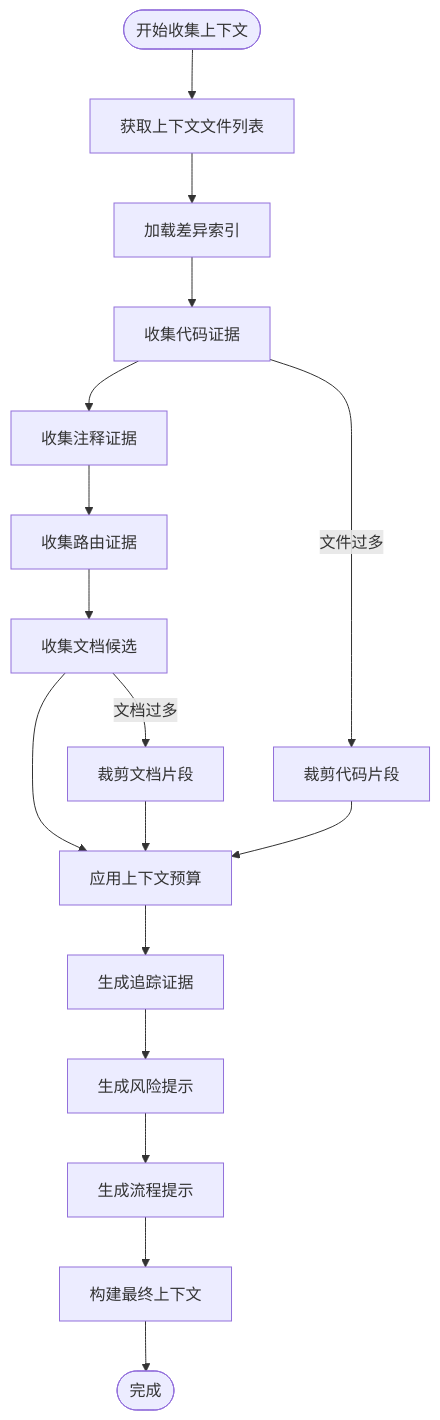
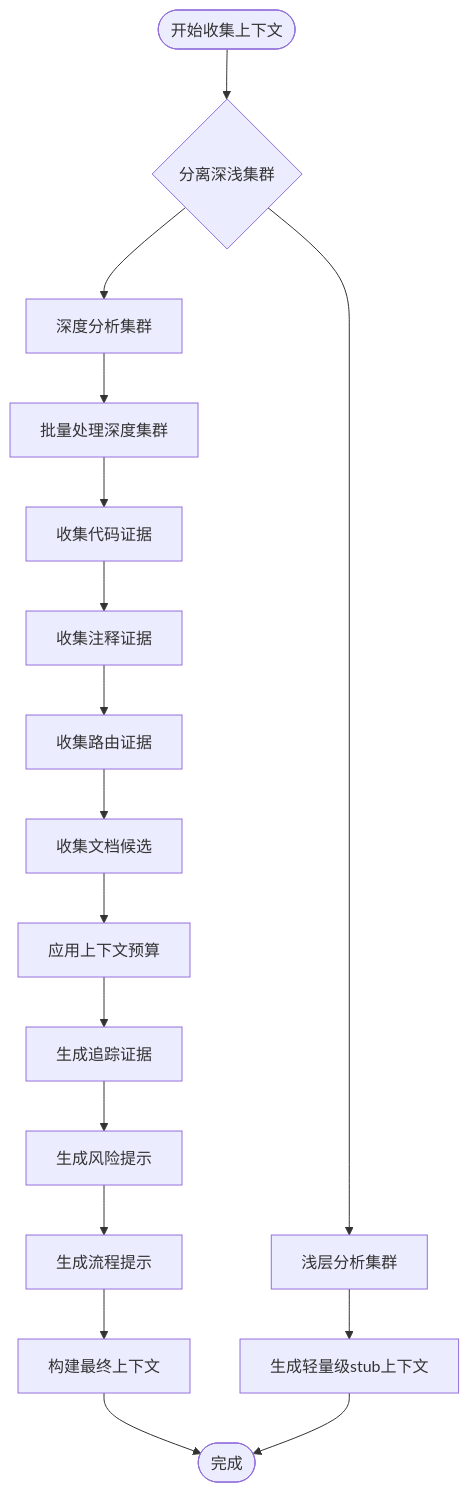
Before and after one commit to brand-new-remo/frontend-impact-analyzer: the fifth of 12 diagrams in .qoder/repowiki/zh/content/Context Collection System.md, drawn with Mermaid. The commit also changed other lines of this file and 7 other files, not shown here.

````diff
--- a/.qoder/repowiki/zh/content/Context Collection System.md
+++ b/.qoder/repowiki/zh/content/Context Collection System.md
@@ -198,19 +217,19 @@
 ```mermaid
 flowchart TD
-Start([开始收集上下文]) --> GetFiles[获取上下文文件列表]
-GetFiles --> LoadDiff[加载差异索引]
-LoadDiff --> CollectCode[收集代码证据]
+Start([开始收集上下文]) --> SplitClusters{分离深浅集群}
+SplitClusters --> DeepClusters[深度分析集群]
+SplitClusters --> ShallowClusters[浅层分析集群]
+DeepClusters --> BatchProcess[批量处理深度集群]
+BatchProcess --> CollectCode[收集代码证据]
 CollectCode --> CollectComments[收集注释证据]
 CollectComments --> CollectRoutes[收集路由证据]
 CollectRoutes --> CollectDocs[收集文档候选]
 CollectDocs --> BudgetControl[应用上下文预算]
 BudgetControl --> TraceEvidence[生成追踪证据]
 TraceEvidence --> RiskHints[生成风险提示]
 RiskHints --> FlowHints[生成流程提示]
 FlowHints --> BuildContext[构建最终上下文]
+ShallowClusters --> StubContext[生成轻量级stub上下文]
 BuildContext --> End([完成])
-CollectCode --> |文件过多| TrimCode[裁剪代码片段]
-CollectDocs --> |文档过多| TrimDocs[裁剪文档片段]
-TrimCode --> BudgetControl
-TrimDocs --> BudgetControl
+StubContext --> End
 ```
````
